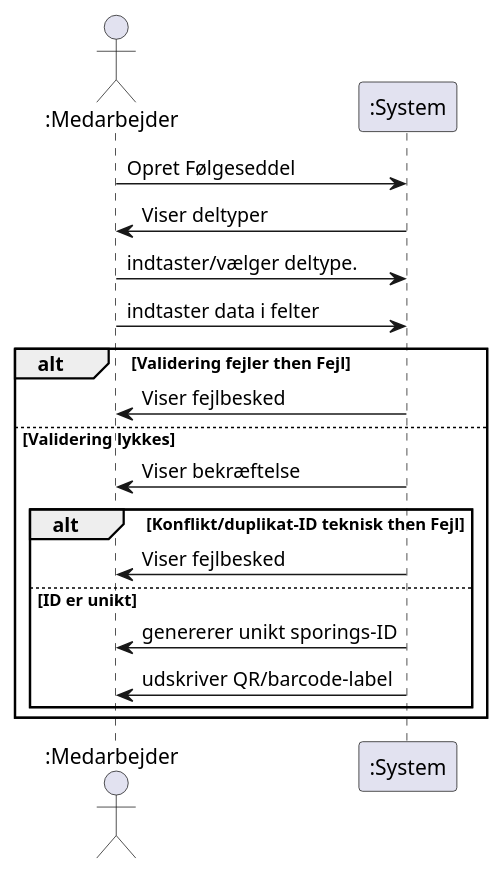
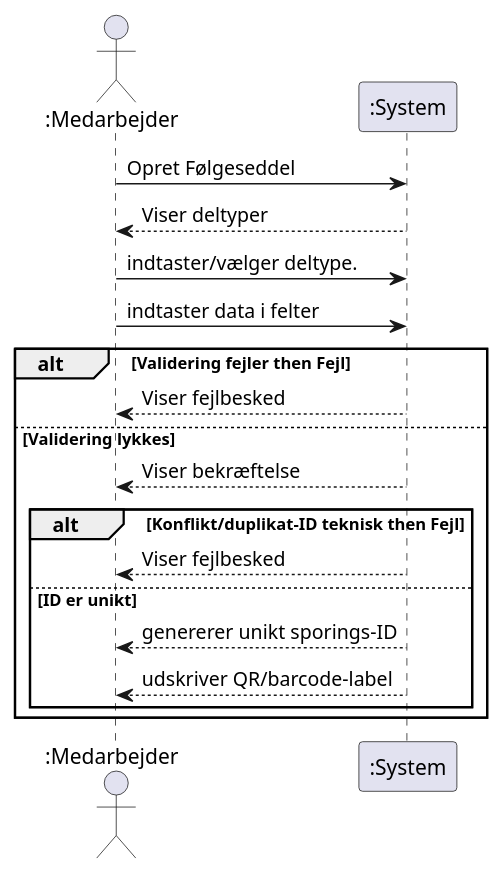
The diagram in uml_artifacts/uc1_ssd.puml (marsbo04/budweg), drawn with PlantUML before and after one commit.

Commit message:
Fix message arrows and formatting in use case diagram

```diff
--- a/uml_artifacts/uc1_ssd.puml
+++ b/uml_artifacts/uc1_ssd.puml
@@ -1,20 +1,20 @@
 @startuml SSD
 actor ":Medarbejder" as Medarbejder
 participant ":System" as System
 
 Medarbejder -> System: Opret Følgeseddel
-System -> Medarbejder: Viser deltyper
+Medarbejder <-- System: Viser deltyper
 Medarbejder -> System: indtaster/vælger deltype.
 Medarbejder -> System: indtaster data i felter
 alt Validering fejler then Fejl
-    System -> Medarbejder: Viser fejlbesked
+    System --> Medarbejder: Viser fejlbesked
 else Validering lykkes
-    System -> Medarbejder: Viser bekræftelse
+    System --> Medarbejder: Viser bekræftelse
     alt Konflikt/duplikat-ID teknisk then Fejl
-        System -> Medarbejder: Viser fejlbesked
+        System --> Medarbejder: Viser fejlbesked
     else ID er unikt
-    System -> Medarbejder: genererer unikt sporings-ID
-    System -> Medarbejder:  udskriver QR/barcode-label
+    System --> Medarbejder: genererer unikt sporings-ID
+    System --> Medarbejder:  udskriver QR/barcode-label
     end
 end
 @enduml
```
